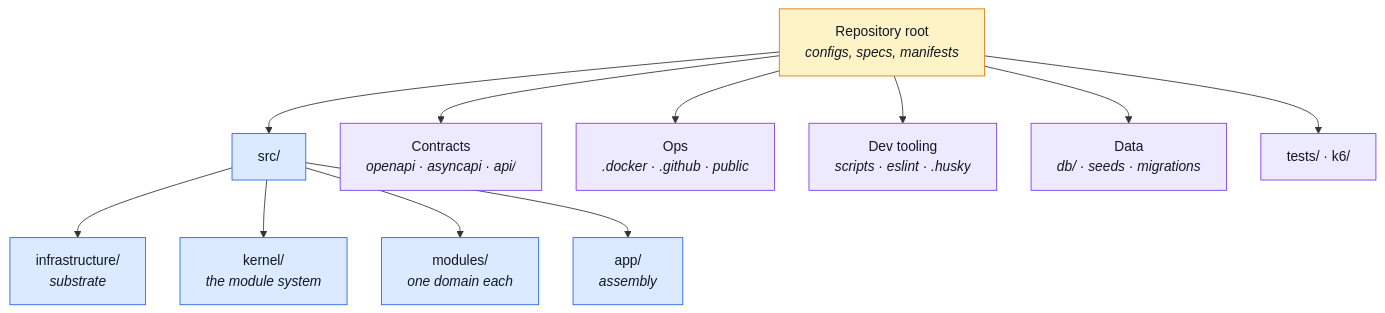
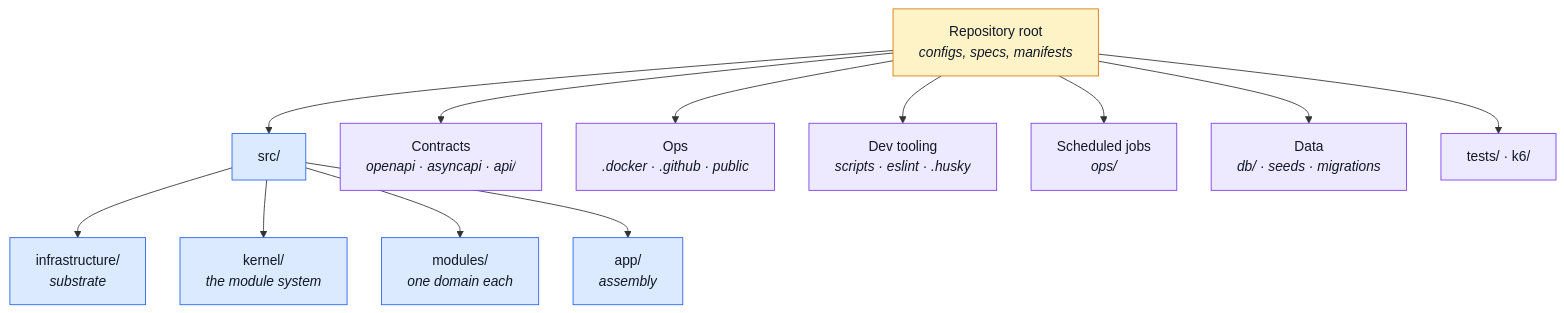
Before and after one commit to Guebbit/boilerplate-node-backend: the first of 2 diagrams in docs/reference/index.md, drawn with Mermaid. The commit also changed other lines of this file and 62 other files, not shown here.

````diff
--- a/docs/reference/index.md
+++ b/docs/reference/index.md
@@ -20,22 +20,23 @@
 ```mermaid
 %%{init: {'flowchart': {'nodeSpacing': 40, 'rankSpacing': 55}}}%%
 flowchart TD
     Root["Repository root<br/><i>configs, specs, manifests</i>"] --> Src["src/"]
     Root --> Contracts["Contracts<br/><i>openapi · asyncapi · api/</i>"]
     Root --> Ops["Ops<br/><i>.docker · .github · public</i>"]
     Root --> Dev["Dev tooling<br/><i>scripts · eslint · .husky</i>"]
+    Root --> Jobs["Scheduled jobs<br/><i>ops/</i>"]
     Root --> Data["Data<br/><i>db/ · seeds · migrations</i>"]
     Root --> Tests["tests/ · k6/"]
 
     Src --> Infra["infrastructure/<br/><i>substrate</i>"]
     Src --> Kernel["kernel/<br/><i>the module system</i>"]
     Src --> Modules["modules/<br/><i>one domain each</i>"]
     Src --> App["app/<br/><i>assembly</i>"]
 
     classDef entry fill:#fef3c7,stroke:#d97706,color:#111827;
     classDef code fill:#dbeafe,stroke:#2563eb,color:#111827;
     classDef side fill:#ede9fe,stroke:#7c3aed,color:#111827;
     class Root entry;
     class Src,Infra,Kernel,Modules,App code;
-    class Contracts,Ops,Dev,Data,Tests side;
+    class Contracts,Ops,Dev,Jobs,Data,Tests side;
 ```
````
